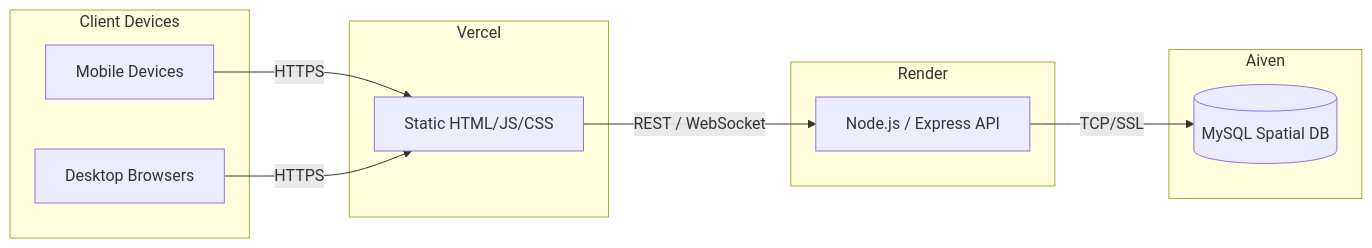
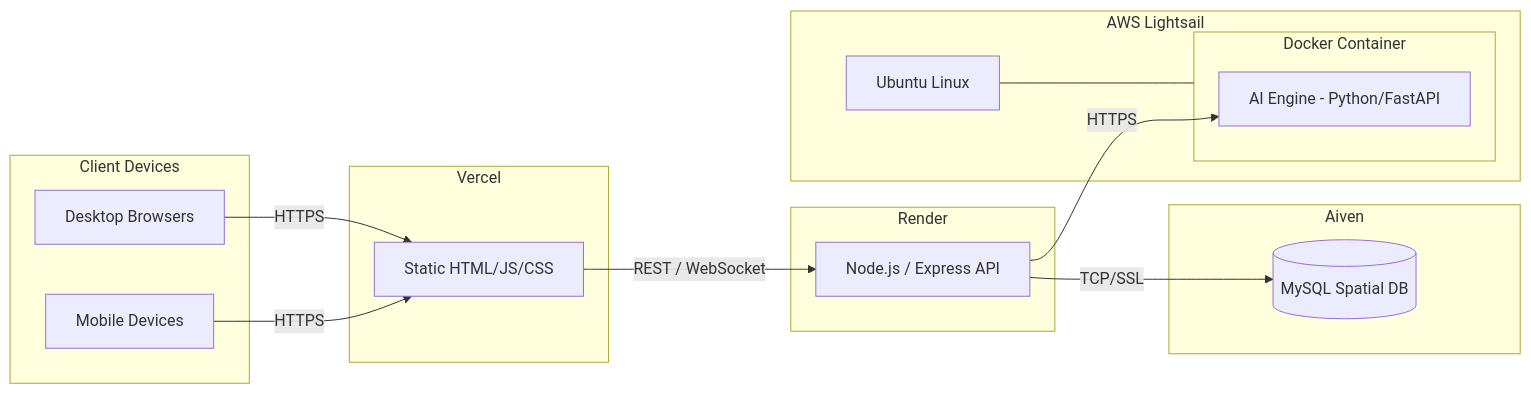
The diagram in warg-docs/docs/4-deployment/deployment-guide.md (ZFakir/WargMirror), drawn with Mermaid before and after one commit. The commit also changed other lines of this file and 5 other files, not shown here.

````diff
--- a/warg-docs/docs/4-deployment/deployment-guide.md
+++ b/warg-docs/docs/4-deployment/deployment-guide.md
@@ -17,26 +18,35 @@
 ```mermaid
 flowchart LR
     subgraph Client [Client Devices]
         Mobile[Mobile Devices]
         Desktop[Desktop Browsers]
     end
 
     subgraph Vercel [Vercel]
         Frontend[Static HTML/JS/CSS]
     end
 
     subgraph Render [Render]
         API[Node.js / Express API]
     end
 
+    subgraph AWS [AWS Lightsail]
+        Ubuntu[Ubuntu Linux]
+        subgraph Docker [Docker Container]
+            AIEngine[AI Engine - Python/FastAPI]
+        end
+        Ubuntu --- Docker
+    end
+
     subgraph Aiven [Aiven]
         DB[(MySQL Spatial DB)]
     end
 
     Mobile -->|HTTPS| Frontend
     Desktop -->|HTTPS| Frontend
     
     Frontend -->|REST / WebSocket| API
     
     API -->|TCP/SSL| DB
+    API -->|HTTPS| AIEngine
 ```
````
